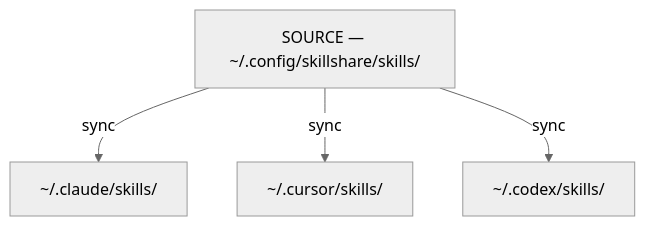
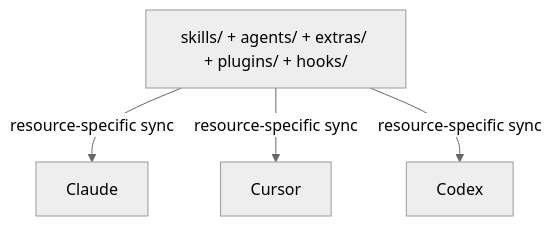
Before and after one commit to runkids/skillshare: the first of 2 diagrams in website/docs/understand/source-and-targets.md, drawn with Mermaid (neutral theme). The commit also changed other lines of this file and 43 other files, not shown here.

````diff
--- a/website/docs/understand/source-and-targets.md
+++ b/website/docs/understand/source-and-targets.md
@@ -39,10 +39,10 @@
 ```mermaid
 flowchart TD
-    SRC["SOURCE — ~/.config/skillshare/skills/"]
-    TGT_CLAUDE["~/.claude/skills/"]
-    TGT_CURSOR["~/.cursor/skills/"]
-    TGT_CODEX["~/.codex/skills/"]
-    SRC -->|"sync"| TGT_CLAUDE
-    SRC -->|"sync"| TGT_CURSOR
-    SRC -->|"sync"| TGT_CODEX
+    SRC["skills/ + agents/ + extras/ + plugins/ + hooks/"]
+    TGT_CLAUDE["Claude"]
+    TGT_CURSOR["Cursor"]
+    TGT_CODEX["Codex"]
+    SRC -->|"resource-specific sync"| TGT_CLAUDE
+    SRC -->|"resource-specific sync"| TGT_CURSOR
+    SRC -->|"resource-specific sync"| TGT_CODEX
 ```
````
